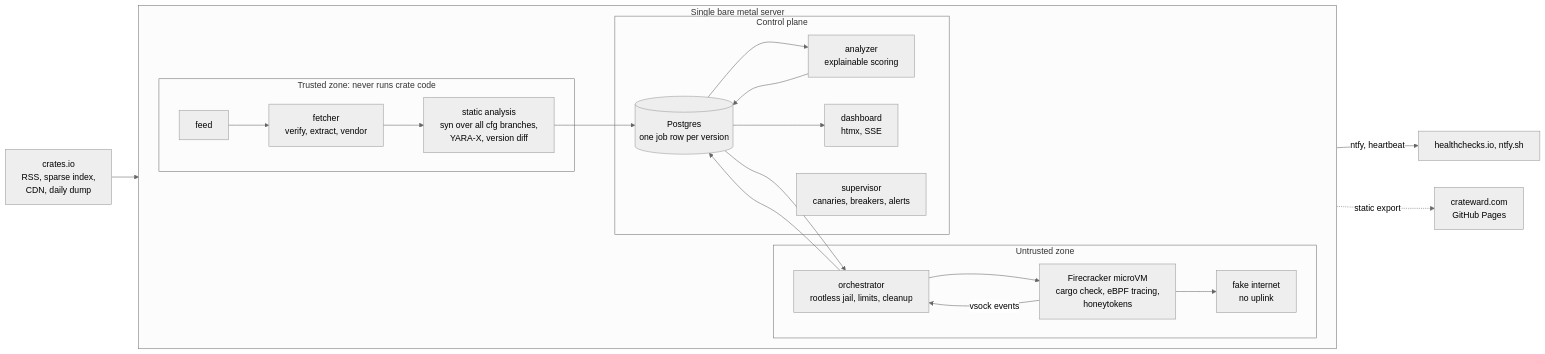
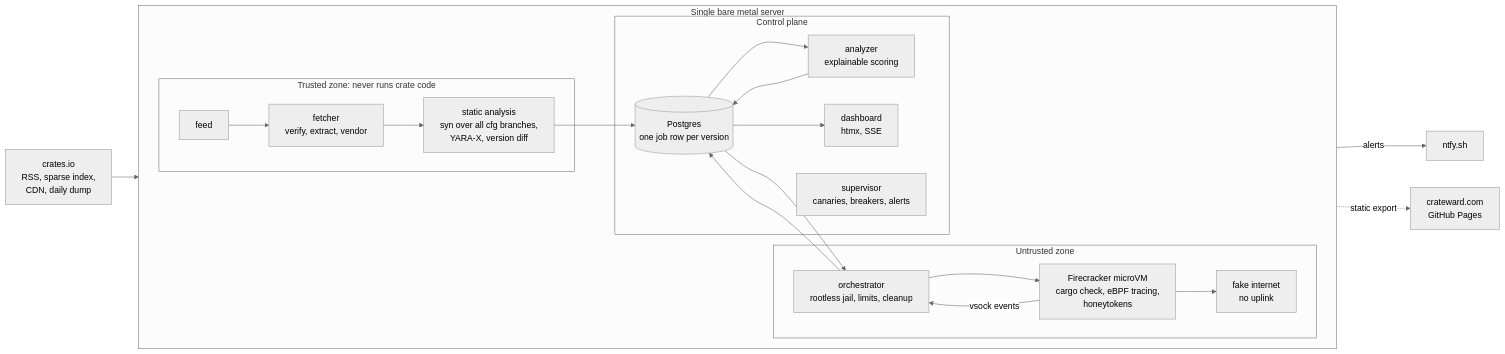
One commit to janfedler/crateward changed the diagram in README.md. Above: the diagram before and after it, drawn with Mermaid (neutral theme). The commit also changed other lines of this file and 19 other files, not shown here.

First line of the commit message:
refactor(supervisor): remove the healthchecks.io heartbeat

````diff
--- a/README.md
+++ b/README.md
@@ -52,26 +52,26 @@
 ```mermaid
 flowchart LR
     cio[crates.io<br/>RSS, sparse index,<br/>CDN, daily dump]
     subgraph server[Single bare metal server]
         direction LR
         subgraph trusted[Trusted zone: never runs crate code]
             feed[feed] --> fetcher[fetcher<br/>verify, extract, vendor]
             fetcher --> sa[static analysis<br/>syn over all cfg branches,<br/>YARA-X, version diff]
         end
         subgraph untrusted[Untrusted zone]
             orch[orchestrator<br/>rootless jail, limits, cleanup] --> vm[Firecracker microVM<br/>cargo check, eBPF tracing,<br/>honeytokens]
             vm --> fi[fake internet<br/>no uplink]
         end
         subgraph control[Control plane]
             pg[(Postgres<br/>one job row per version)]
             an[analyzer<br/>explainable scoring]
             web[dashboard<br/>htmx, SSE]
             sup[supervisor<br/>canaries, breakers, alerts]
         end
         sa --> pg --> orch
         vm -- vsock events --> orch --> pg --> an --> pg --> web
     end
     cio --> feed
-    sup -- ntfy, heartbeat --> ext[healthchecks.io, ntfy.sh]
+    sup -- alerts --> ext[ntfy.sh]
     web -. static export .-> pages[crateward.com<br/>GitHub Pages]
 ```
````
